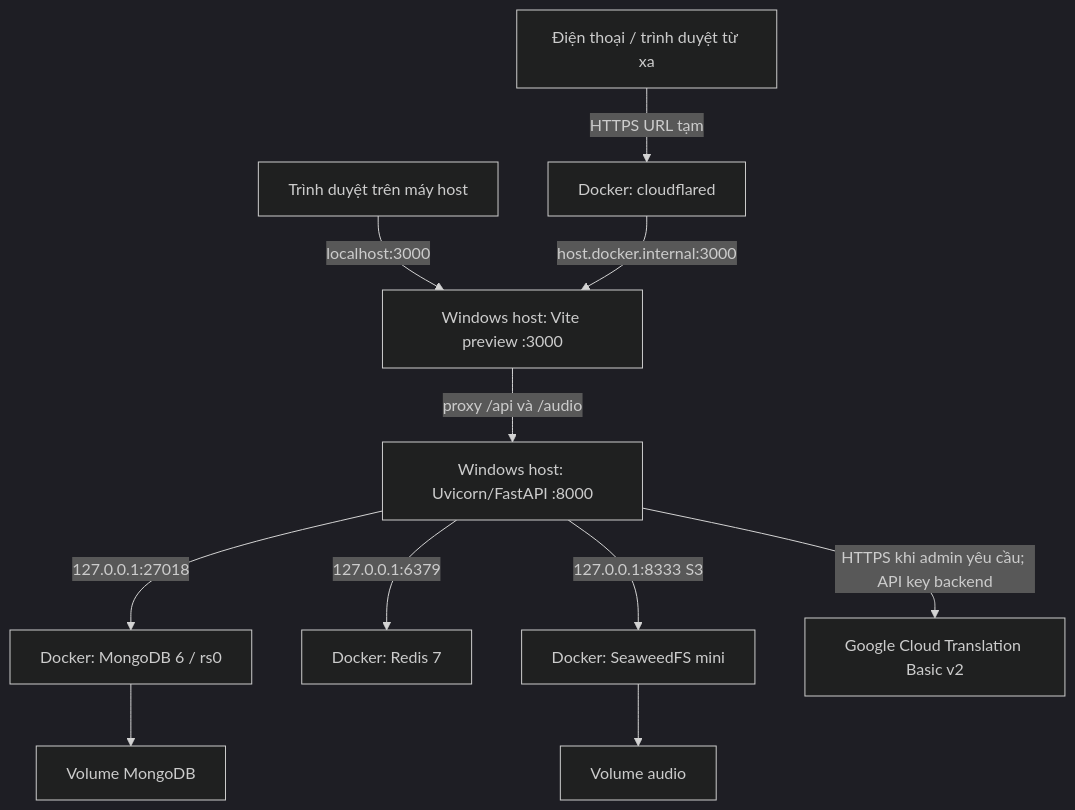
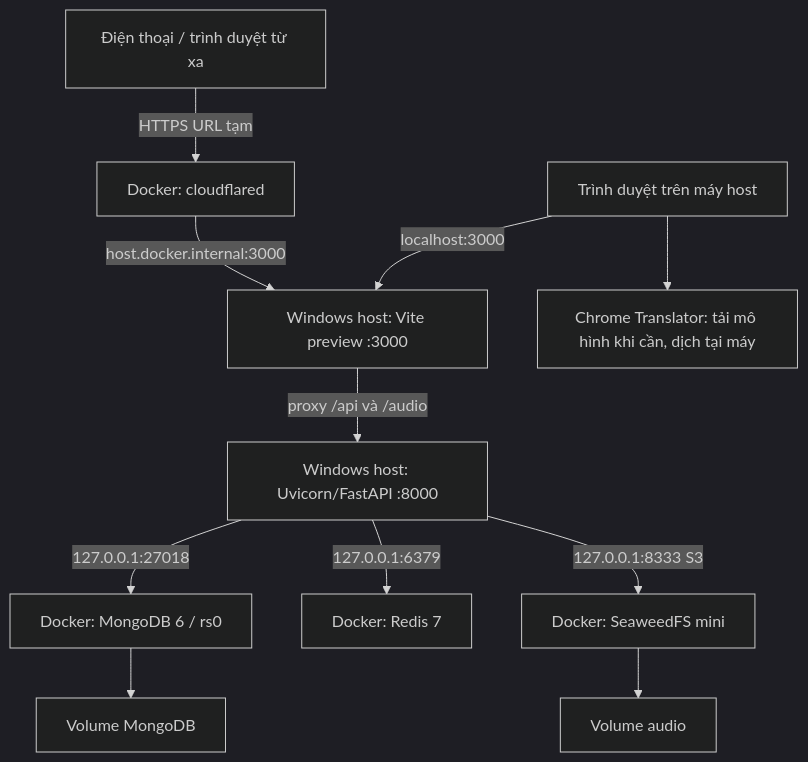
One commit to BXXOYOUNG/multilingual-guide-services-saigon-zoo changed the second of 3 diagrams in docs/CURRENT_ARCHITECTURE.md. Above: the diagram before and after it, drawn with Mermaid (dark theme). The commit also changed other lines of this file and 15 other files, not shown here.

Commit message:
Replace Cloud translation with native Chrome admin translation

````diff
--- a/docs/CURRENT_ARCHITECTURE.md
+++ b/docs/CURRENT_ARCHITECTURE.md
@@ -73,13 +74,13 @@
 ```mermaid
 flowchart TB
   Phone[Điện thoại / trình duyệt từ xa] -->|HTTPS URL tạm| Tunnel[Docker: cloudflared]
   Desktop[Trình duyệt trên máy host] -->|localhost:3000| Vite
   Tunnel -->|host.docker.internal:3000| Vite[Windows host: Vite preview :3000]
   Vite -->|proxy /api và /audio| FastAPI[Windows host: Uvicorn/FastAPI :8000]
   FastAPI -->|127.0.0.1:27018| Mongo[Docker: MongoDB 6 / rs0]
   FastAPI -->|127.0.0.1:6379| Redis[Docker: Redis 7]
   FastAPI -->|127.0.0.1:8333 S3| Seaweed[Docker: SeaweedFS mini]
-  FastAPI -->|HTTPS khi admin yêu cầu; API key backend| Google[Google Cloud Translation Basic v2]
+  Desktop --> Native[Chrome Translator: tải mô hình khi cần, dịch tại máy]
   Mongo --> DBVolume[Volume MongoDB]
   Seaweed --> MediaVolume[Volume audio]
 ```
````
